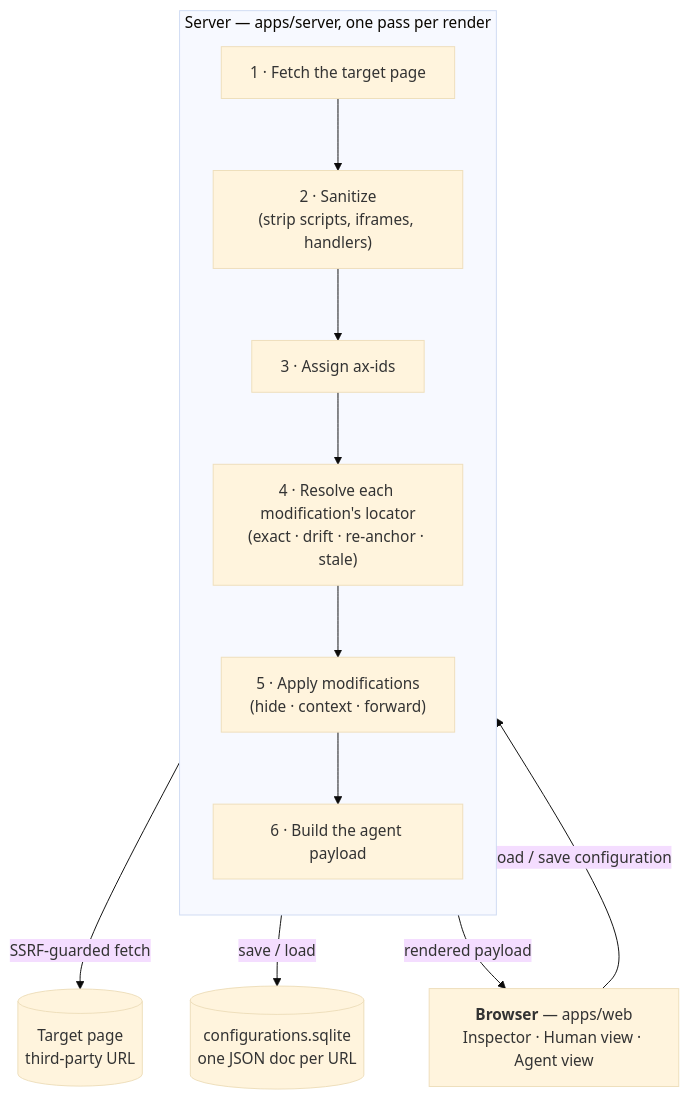
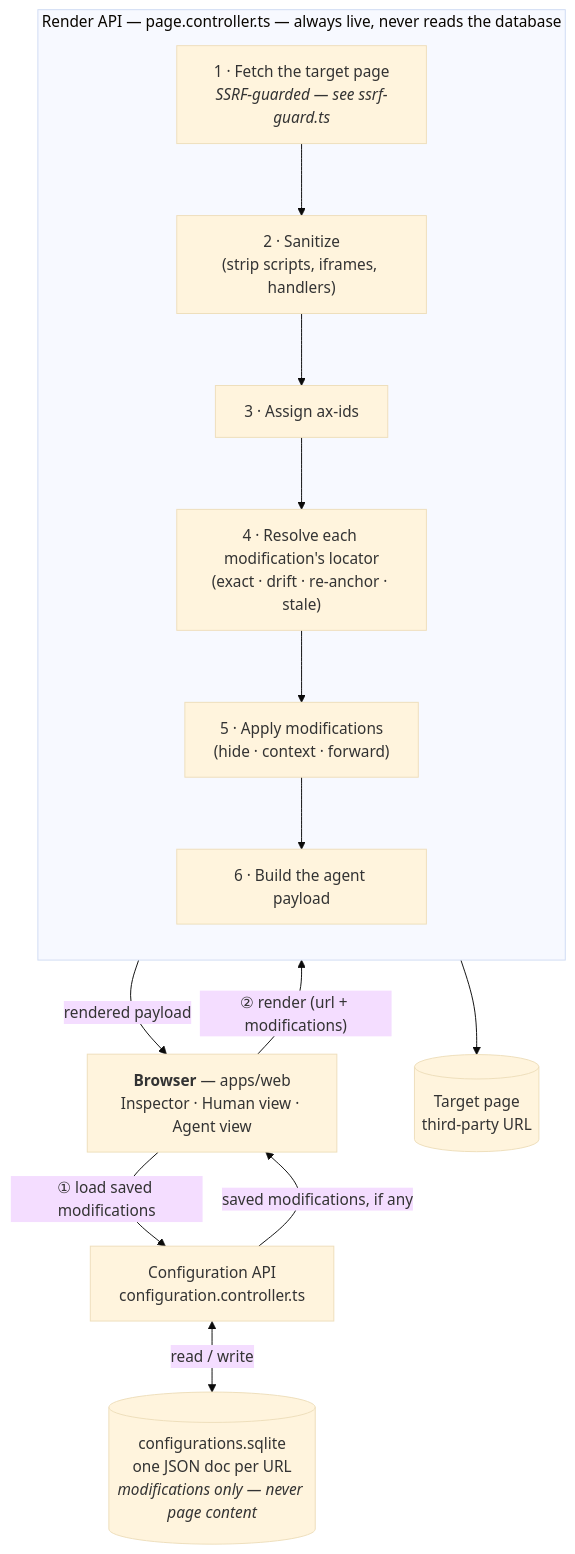
One commit to nimrodev/ax-page-editor changed the diagram in README.md. Above: the diagram before and after it, drawn with Mermaid (base theme). The commit also changed other lines of this file, not shown here.

Commit message:
docs: redraw the architecture diagram as two separate request flows
The previous diagram implied one pipeline touched both SQLite and a
live fetch of the target page in the same pass, which isn't what the
code does: configuration.controller.ts only ever reads/writes SQLite,
page.controller.ts only ever does a live SSRF-guarded fetch, and the
two never intersect in one call. Redrawn as two flows off a single
Browser node at the top, with the SSRF guard tied directly to the
fetch step rather than floating as a pipeline-level edge, and a note
spelling out the thing this was actually asked about: a page's
content is never served from the database, no matter how many times
its configuration has been saved — only the modification list is.

Claude-Session: https://claude.ai/code/session_013wZe1zQm5XAADqJunS4yze

````diff
--- a/README.md
+++ b/README.md
@@ -70,24 +70,27 @@
 ```mermaid
 flowchart TB
     Browser["<b>Browser</b> — apps/web<br/>Inspector · Human view · Agent view"]
 
-    subgraph Pipeline["Server — apps/server, one pass per render"]
+    Browser -- "① load saved modifications" --> ConfigAPI["Configuration API<br/>configuration.controller.ts"]
+    ConfigAPI <-- "read / write" --> Database[("configurations.sqlite<br/>one JSON doc per URL<br/><i>modifications only — never page content</i>")]
+    ConfigAPI -- "saved modifications, if any" --> Browser
+
+    Browser -- "② render (url + modifications)" --> RenderAPI
+
+    subgraph RenderAPI["Render API — page.controller.ts — always live, never reads the database"]
         direction TB
-        Step1["1 · Fetch the target page"]
+        Step1["1 · Fetch the target page<br/><i>SSRF-guarded — see ssrf-guard.ts</i>"]
         Step2["2 · Sanitize<br/>(strip scripts, iframes, handlers)"]
         Step3["3 · Assign ax-ids"]
         Step4["4 · Resolve each modification's locator<br/>(exact · drift · re-anchor · stale)"]
         Step5["5 · Apply modifications<br/>(hide · context · forward)"]
         Step6["6 · Build the agent payload"]
 
         Step1 --> Step2 --> Step3 --> Step4 --> Step5 --> Step6
     end
 
     TargetPage[("Target page<br/>third-party URL")]
-    Database[("configurations.sqlite<br/>one JSON doc per URL")]
+    Step1 --> TargetPage
 
-    Browser -- "load / save configuration" --> Pipeline
-    Pipeline -- "SSRF-guarded fetch" --> TargetPage
-    Pipeline -- "save / load" --> Database
-    Pipeline -- "rendered payload" --> Browser
+    RenderAPI -- "rendered payload" --> Browser
 ```
````
